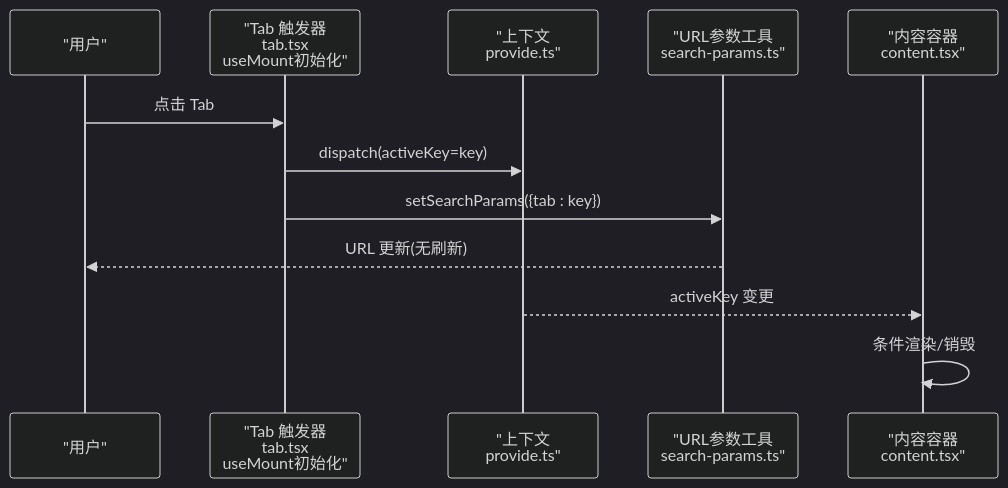
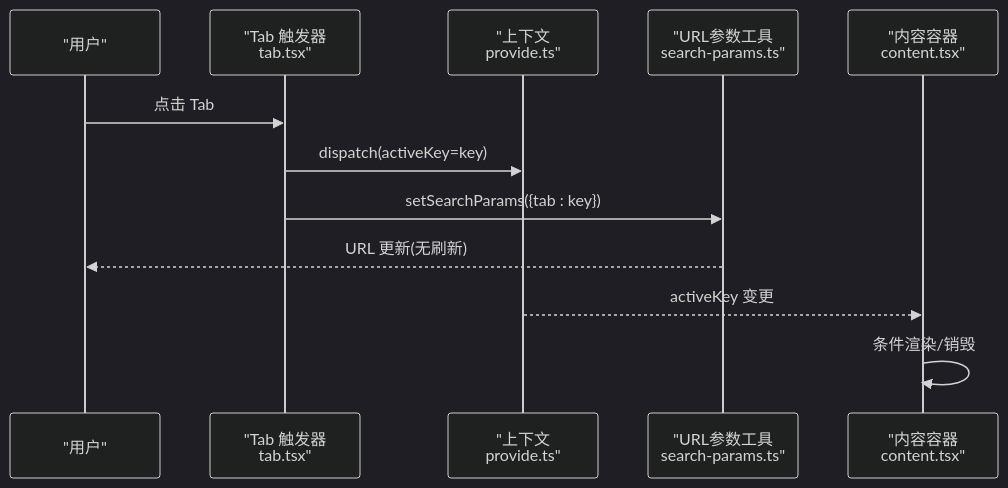
The second of 6 diagrams in .qoder/repowiki/zh/content/UI组件系统/布局组件.md (RadiumAg/bilibili-favorites), drawn with Mermaid (dark theme) before and after one commit. The commit also changed other lines of this file and 21 other files, not shown here.

````diff
--- a/.qoder/repowiki/zh/content/UI组件系统/布局组件.md
+++ b/.qoder/repowiki/zh/content/UI组件系统/布局组件.md
@@ -133,14 +117,14 @@
 ```mermaid
 sequenceDiagram
 participant U as "用户"
-participant T as "Tab 触发器<br/>tab.tsx<br/>useMount初始化"
+participant T as "Tab 触发器<br/>tab.tsx"
 participant Ctx as "上下文<br/>provide.ts"
 participant SP as "URL参数工具<br/>search-params.ts"
 participant Cont as "内容容器<br/>content.tsx"
 U->>T : 点击 Tab
 T->>Ctx : dispatch(activeKey=key)
 T->>SP : setSearchParams({tab : key})
 SP-->>U : URL 更新(无刷新)
 Ctx-->>Cont : activeKey 变更
 Cont->>Cont : 条件渲染/销毁
 ```
````
